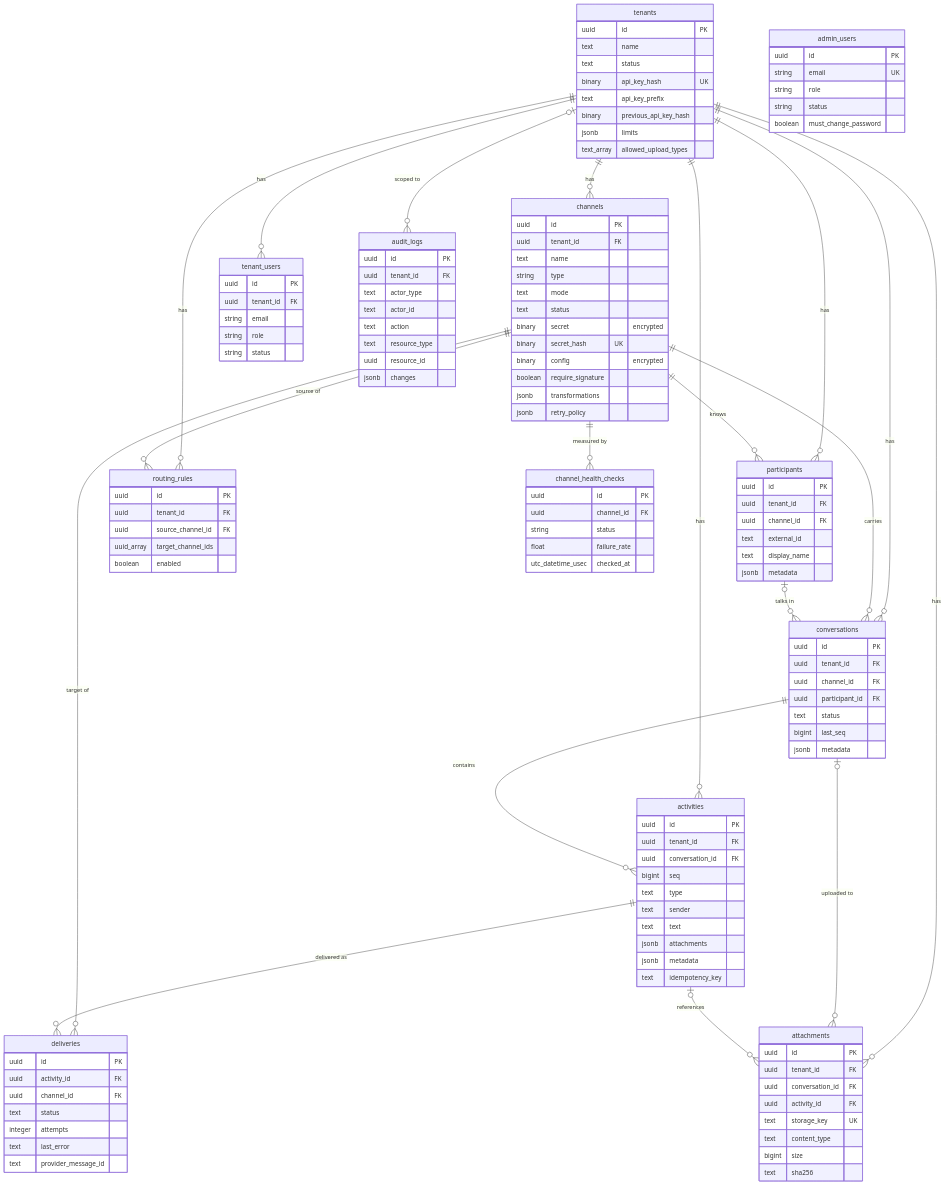
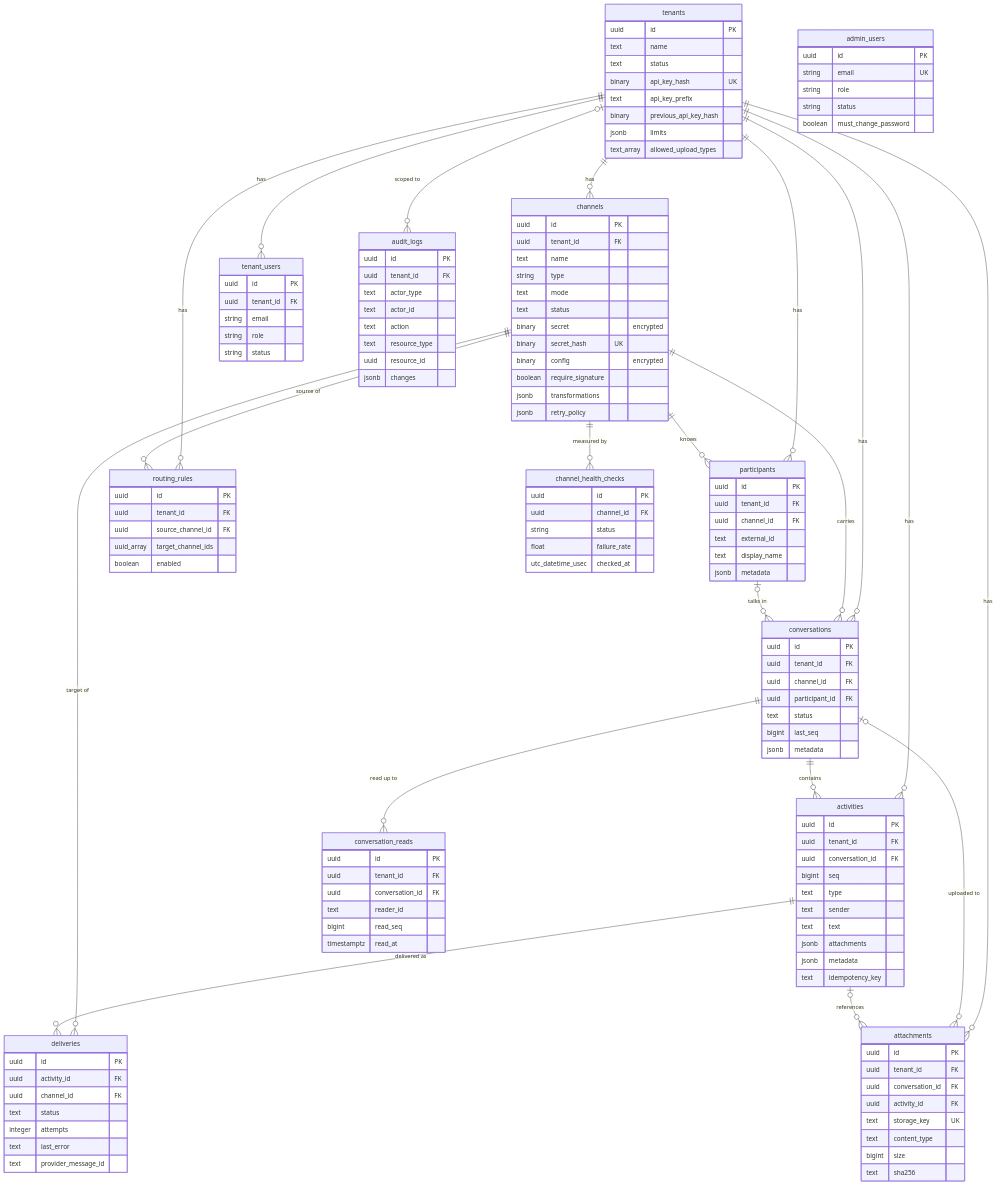
Before and after one commit to AimTune/converger: the diagram in docs/architecture/data-model.md, drawn with Mermaid. The commit also changed other lines of this file and 30 other files, not shown here.

```diff
--- a/docs/architecture/data-model.md
+++ b/docs/architecture/data-model.md
@@ -26,6 +26,7 @@
     participants |o--o{ conversations : "talks in"
     conversations ||--o{ activities : contains
     conversations |o--o{ attachments : "uploaded to"
+    conversations ||--o{ conversation_reads : "read up to"
     activities ||--o{ deliveries : "delivered as"
     activities |o--o{ attachments : references
 
@@ -61,6 +62,14 @@
         text status
         bigint last_seq
         jsonb metadata
+    }
+    conversation_reads {
+        uuid id PK
+        uuid tenant_id FK
+        uuid conversation_id FK
+        text reader_id
+        bigint read_seq
+        timestamptz read_at
     }
     participants {
         uuid id PK
```
